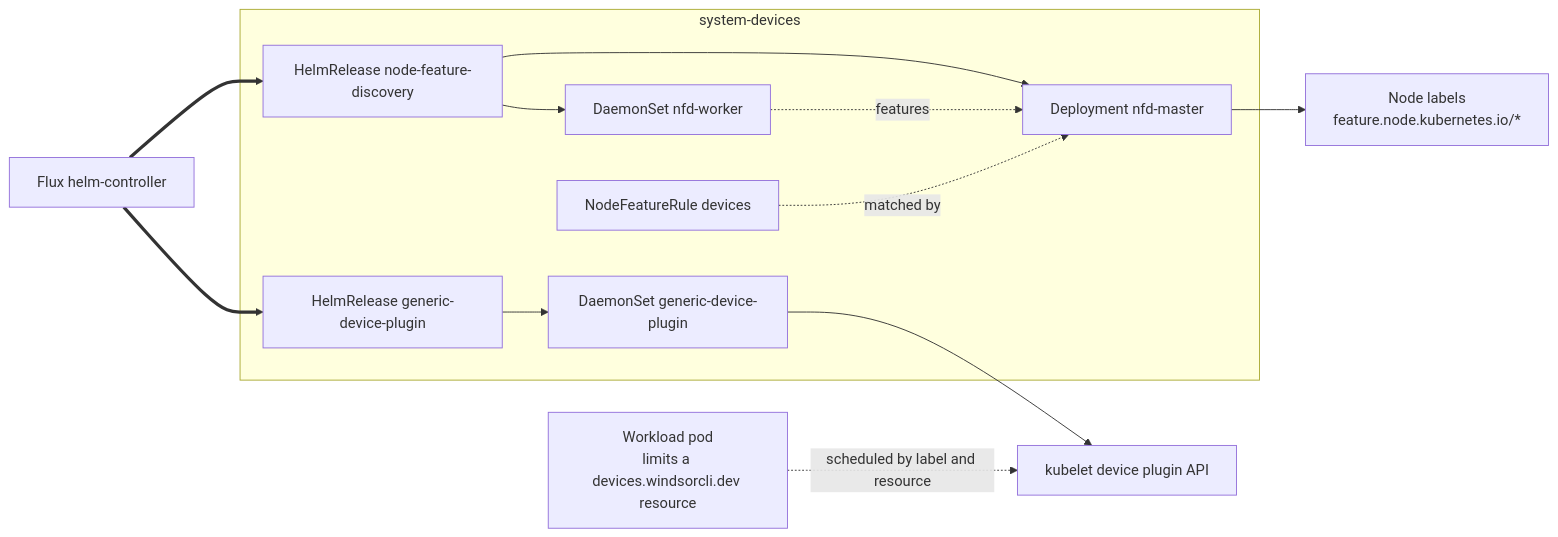
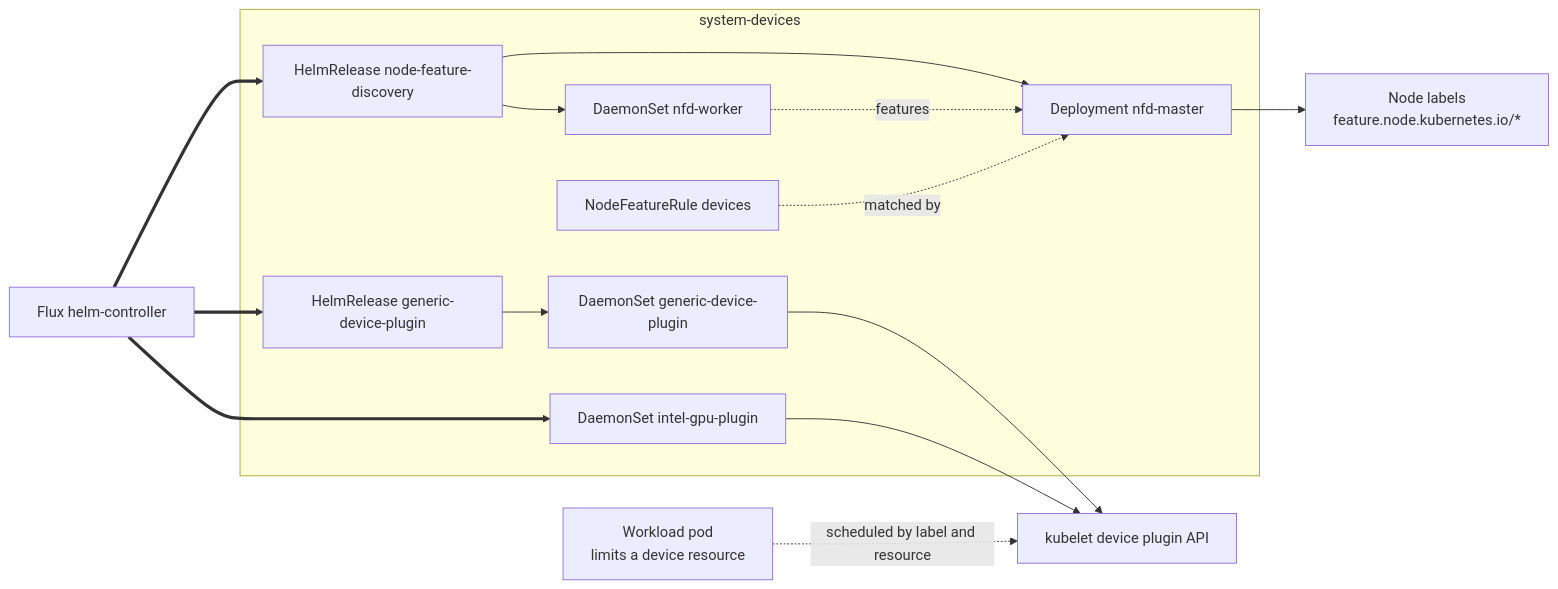
The diagram in kustomize/devices/README.md (windsorcli/core), drawn with Mermaid before and after one commit. The commit also changed other lines of this file and 16 other files, not shown here.

Commit message:
refactor(devices): scope to Intel GPUs via Intel's device plugin

````diff
--- a/kustomize/devices/README.md
+++ b/kustomize/devices/README.md
@@ -10,25 +10,27 @@
 ```mermaid
 flowchart LR
   flux[Flux helm-controller]
 
   subgraph systemdevices[system-devices]
     nfd_hr[HelmRelease node-feature-discovery]
     master[Deployment nfd-master]
     worker[DaemonSet nfd-worker]
     rule[NodeFeatureRule devices]
     gdp_hr[HelmRelease generic-device-plugin]
     gdp[DaemonSet generic-device-plugin]
+    igp[DaemonSet intel-gpu-plugin]
   end
 
   node[Node labels<br/>feature.node.kubernetes.io/*]
   kubelet[kubelet device plugin API]
-  pod[Workload pod<br/>limits a devices.windsorcli.dev resource]
+  pod[Workload pod<br/>limits a device resource]
 
   flux ==> nfd_hr --> master & worker
   flux ==> gdp_hr --> gdp
+  flux ==> igp
   worker -.features.-> master
   rule -.matched by.-> master
   master --> node
-  gdp --> kubelet
+  gdp & igp --> kubelet
   pod -.scheduled by label and resource.-> kubelet
 ```
````
